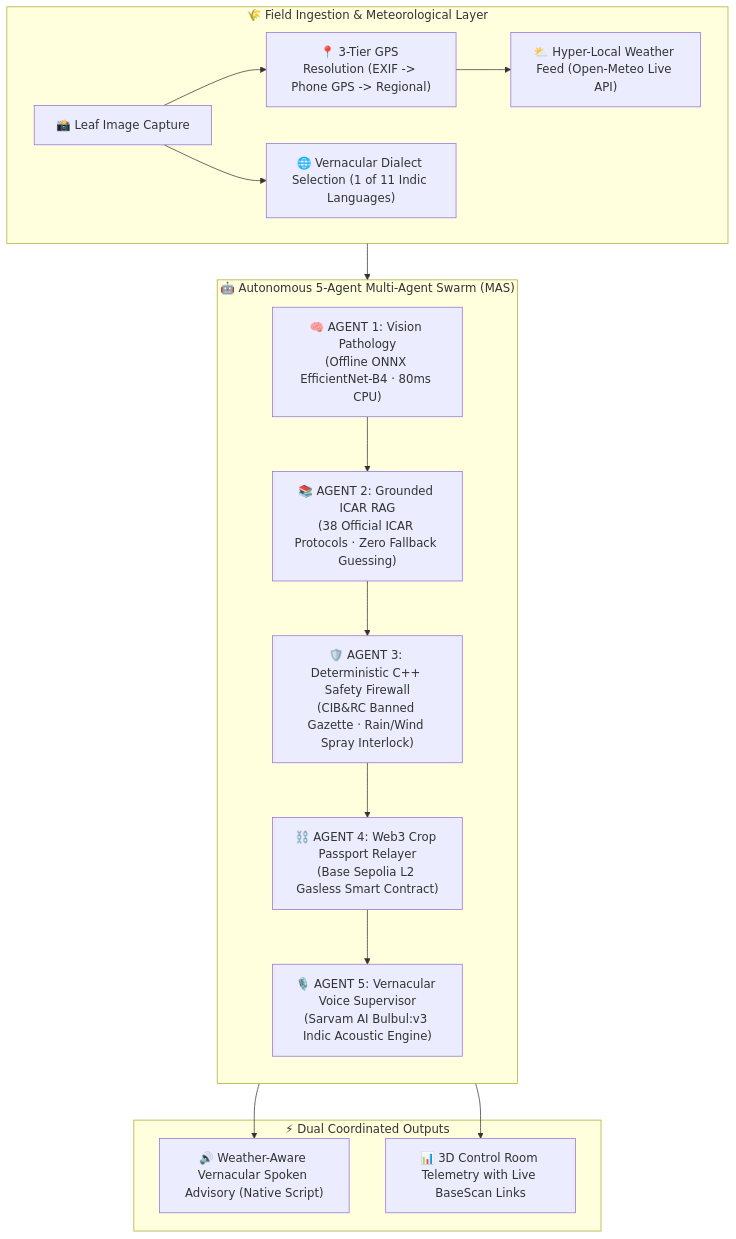
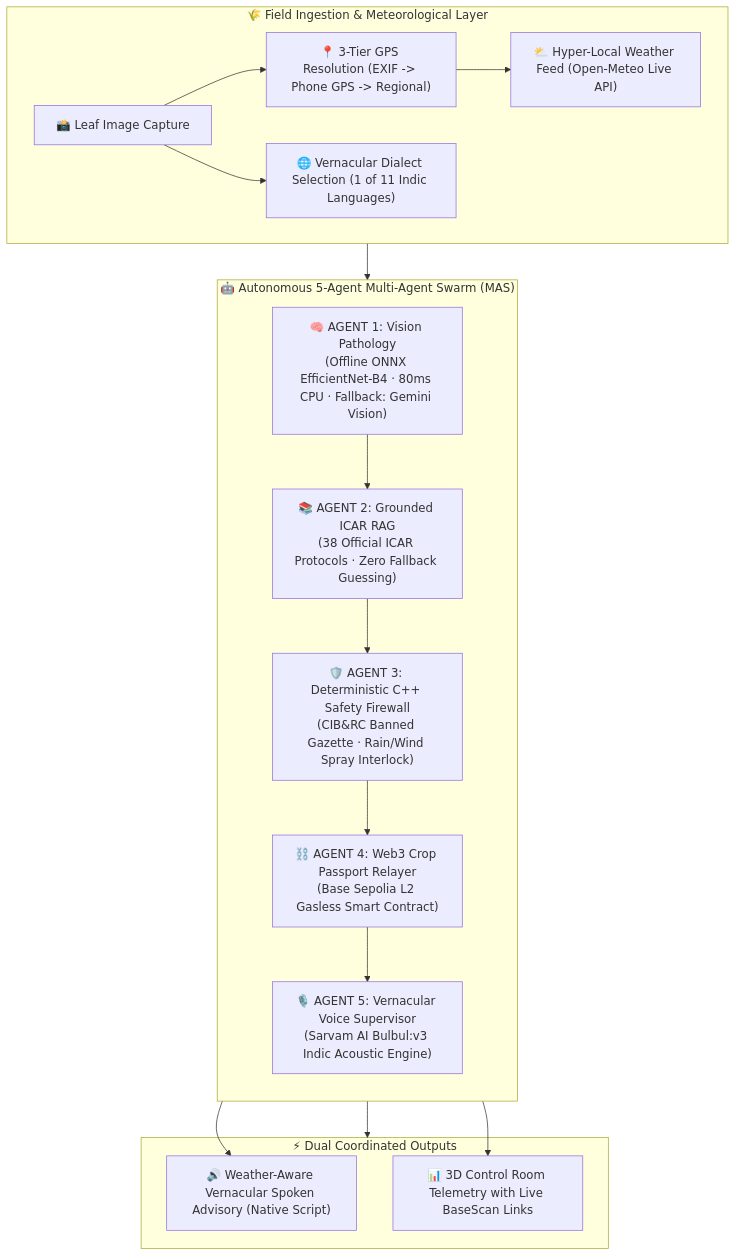
Before and after one commit to Player1205/AgriNexus: the diagram in README.md, drawn with Mermaid. The commit also changed other lines of this file, not shown here.

Commit message:
docs: synchronize README with custom PWA brand logo, vision hierarchy, and test matrix

````diff
--- a/README.md
+++ b/README.md
@@ -79,24 +85,25 @@
 ```mermaid
 flowchart TD
     subgraph IN ["🌾 Field Ingestion & Meteorological Layer"]
         A["📸 Leaf Image Capture"] --> B["📍 3-Tier GPS Resolution (EXIF -> Phone GPS -> Regional)"]
         B --> C["⛅ Hyper-Local Weather Feed (Open-Meteo Live API)"]
         A --> D["🌐 Vernacular Dialect Selection (1 of 11 Indic Languages)"]
     end
 
     subgraph SWARM ["🤖 Autonomous 5-Agent Multi-Agent Swarm (MAS)"]
         direction TB
-        E["🧠 AGENT 1: Vision Pathology\n(Offline ONNX EfficientNet-B4 · 80ms CPU)"]
+        E["🧠 AGENT 1: Vision Pathology\n(Offline ONNX EfficientNet-B4 · 80ms CPU · Fallback: Gemini Vision)"]
         --> F["📚 AGENT 2: Grounded ICAR RAG\n(38 Official ICAR Protocols · Zero Fallback Guessing)"]
         --> G["🛡️ AGENT 3: Deterministic C++ Safety Firewall\n(CIB&RC Banned Gazette · Rain/Wind Spray Interlock)"]
         --> H["⛓️ AGENT 4: Web3 Crop Passport Relayer\n(Base Sepolia L2 Gasless Smart Contract)"]
         --> I["🎙️ AGENT 5: Vernacular Voice Supervisor\n(Sarvam AI Bulbul:v3 Indic Acoustic Engine)"]
     end
 
     subgraph OUT ["⚡ Dual Coordinated Outputs"]
         I --> J["🔊 Weather-Aware Vernacular Spoken Advisory (Native Script)"]
         H --> K["📊 3D Control Room Telemetry with Live BaseScan Links"]
     end
 
     IN --> SWARM
+    SWARM --> OUT
 ```
````
